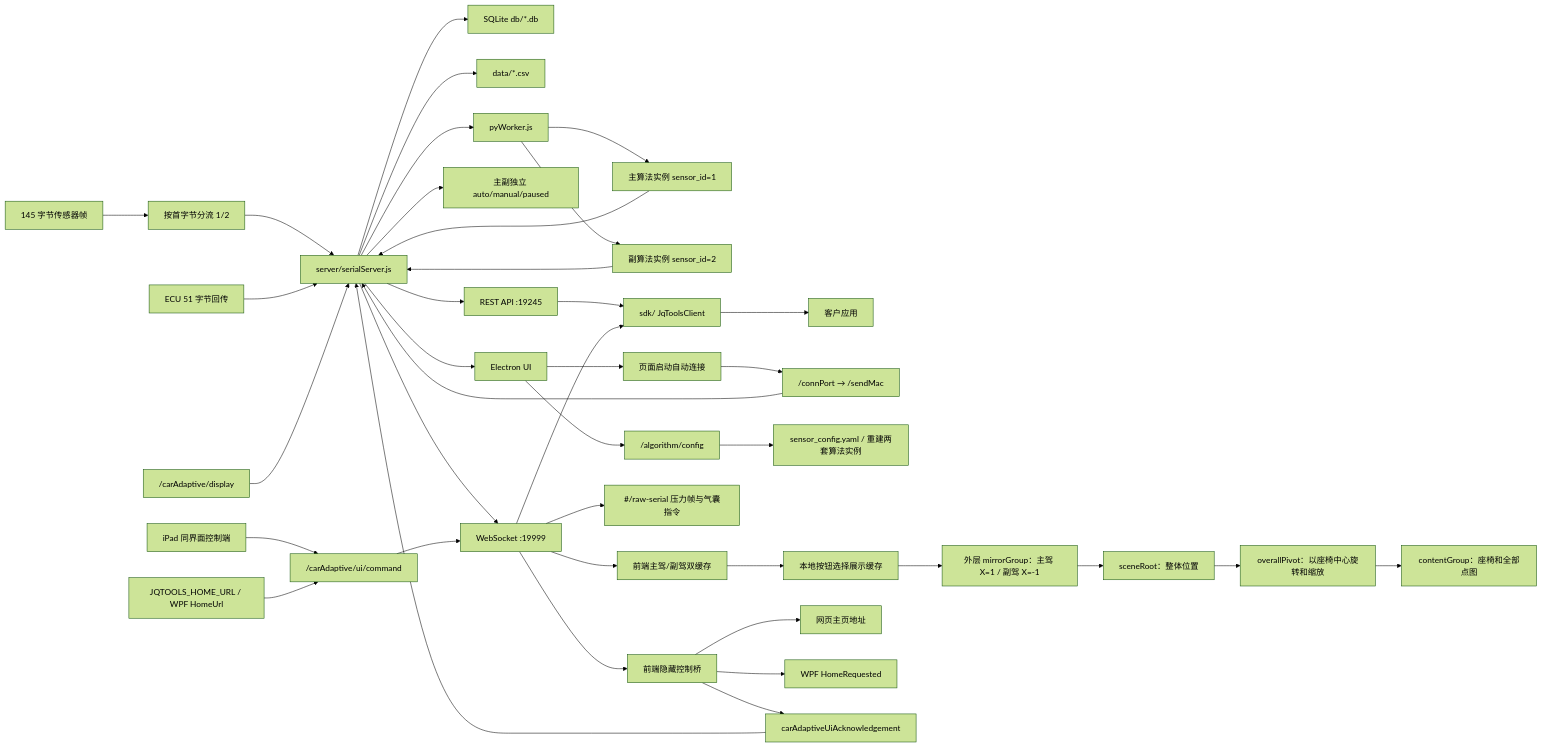
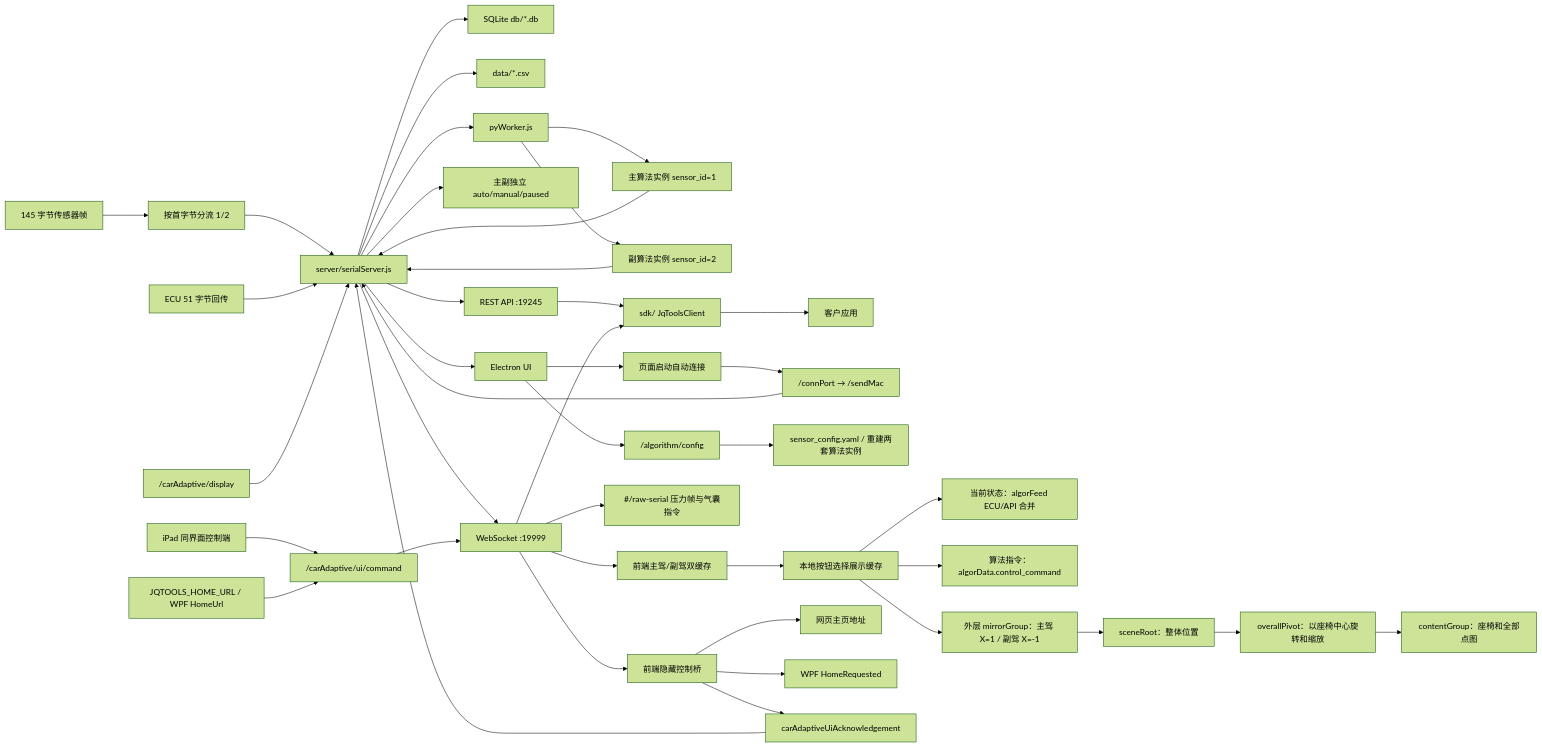
One commit to liudada118/jqtoolsWin changed the diagram in ARCHITECTURE.md. Above: the diagram before and after it, drawn with Mermaid (forest theme). The commit also changed other lines of this file and 8141 other files, not shown here.

````diff
--- a/ARCHITECTURE.md
+++ b/ARCHITECTURE.md
@@ -249,41 +266,43 @@
 ```mermaid
 flowchart LR
   Sensor["145 字节传感器帧"] --> Splitter["按首字节分流 1/2"]
   Splitter --> Serial["server/serialServer.js"]
   Serial --> DB["SQLite db/*.db"]
   Serial --> CSV["data/*.csv"]
   Serial --> PyWorker["pyWorker.js"]
   PyWorker --> MainPy["主算法实例 sensor_id=1"]
   PyWorker --> SecondaryPy["副算法实例 sensor_id=2"]
   MainPy --> Serial
   SecondaryPy --> Serial
   Serial --> ModeGate["主副独立 auto/manual/paused"]
   Ecu["ECU 51 字节回传"] --> Serial
   DisplayApi["/carAdaptive/display"] --> Serial
   Serial --> WS["WebSocket :19999"]
   Serial --> REST["REST API :19245"]
   REST --> SDK["sdk/ JqToolsClient"]
   WS --> SDK
   SDK --> Customer["客户应用"]
   Serial --> UI["Electron UI"]
   UI --> Startup["页面启动自动连接"]
   Startup --> ConnectApi["/connPort → /sendMac"]
   ConnectApi --> Serial
   UI --> ConfigApi["/algorithm/config"]
   ConfigApi --> PyConfig["sensor_config.yaml / 重建两套算法实例"]
   WS --> DualCache["前端主驾/副驾双缓存"]
   DualCache --> DisplaySelector["本地按钮选择展示缓存"]
+  DisplaySelector --> EffectiveAirbag["当前状态：algorFeed ECU/API 合并"]
+  DisplaySelector --> AlgorithmAirbag["算法指令：algorData.control_command"]
   DisplaySelector --> SensorView["外层 mirrorGroup：主驾 X=1 / 副驾 X=-1"]
   SensorView --> SceneRoot["sceneRoot：整体位置"]
   SceneRoot --> OverallPivot["overallPivot：以座椅中心旋转和缩放"]
   OverallPivot --> ThreeContent["contentGroup：座椅和全部点图"]
   WS --> RawSerial["#/raw-serial 压力帧与气囊指令"]
   Remote["iPad 同界面控制端"] --> UiApi["/carAdaptive/ui/command"]
   UiApi --> WS
   WS --> UiBridge["前端隐藏控制桥"]
   HomeConfig["JQTOOLS_HOME_URL / WPF HomeUrl"] --> UiApi
   UiBridge --> WebHome["网页主页地址"]
   UiBridge --> WpfHome["WPF HomeRequested"]
   UiBridge --> UiAck["carAdaptiveUiAcknowledgement"]
   UiAck --> Serial
 ```
````
